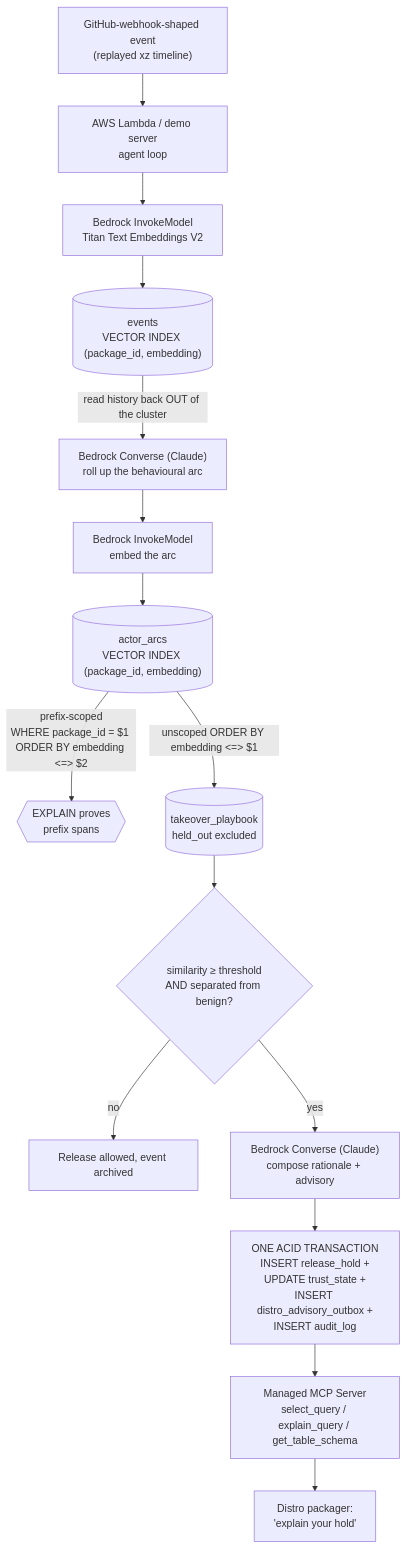
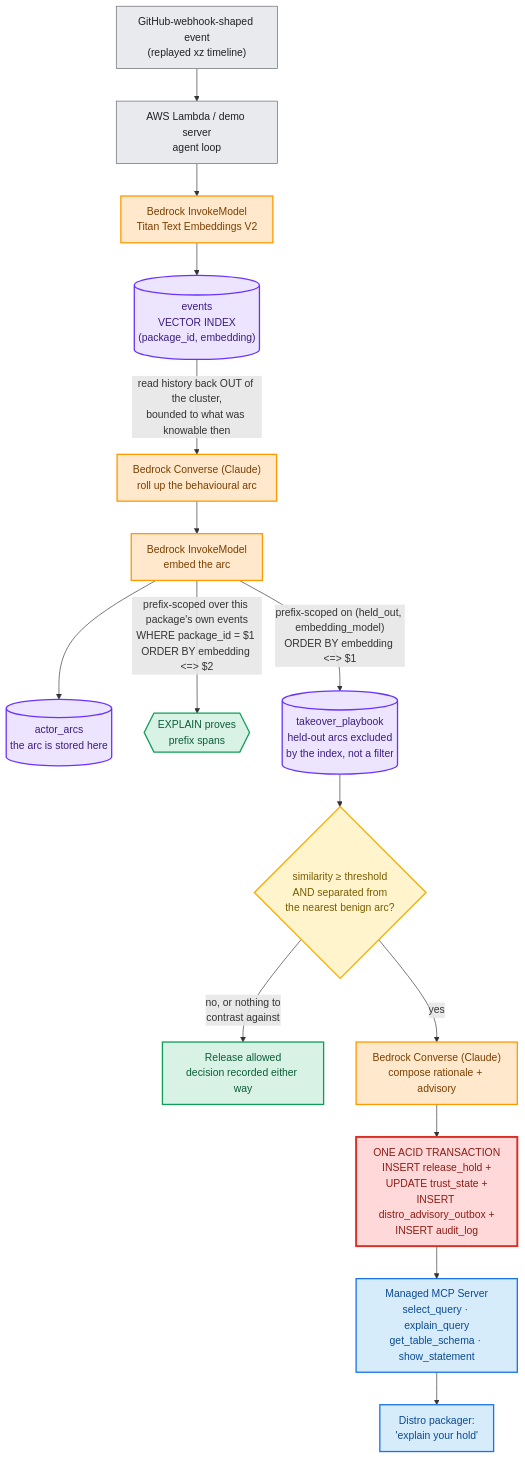
The diagram in README.md (edycutjong/sleeper), drawn with Mermaid before and after one commit. The commit also changed other lines of this file, not shown here.

````diff
--- a/README.md
+++ b/README.md
@@ -145,17 +145,41 @@
 ```mermaid
+%%{init: {"flowchart": {"curve": "basis", "padding": 12}}}%%
 flowchart TD
     A["GitHub-webhook-shaped event<br/>(replayed xz timeline)"] --> B["AWS Lambda / demo server<br/>agent loop"]
     B --> C["Bedrock InvokeModel<br/>Titan Text Embeddings V2"]
-    C --> D[("events<br/>VECTOR INDEX (package_id, embedding)")]
-    D -->|"read history back OUT of the cluster"| E["Bedrock Converse (Claude)<br/>roll up the behavioural arc"]
+    C --> D[("events<br/>VECTOR INDEX<br/>(package_id, embedding)")]
+    D -->|"read history back OUT of the cluster,<br/>bounded to what was knowable then"| E["Bedrock Converse (Claude)<br/>roll up the behavioural arc"]
     E --> F["Bedrock InvokeModel<br/>embed the arc"]
-    F --> G[("actor_arcs<br/>VECTOR INDEX (package_id, embedding)")]
-    G -->|"prefix-scoped<br/>WHERE package_id = $1 ORDER BY embedding <=> $2"| H{{"EXPLAIN proves<br/>prefix spans"}}
-    G -->|"unscoped ORDER BY embedding <=> $1"| I[("takeover_playbook<br/>held_out excluded")]
-    I --> J{"similarity ≥ threshold<br/>AND separated from benign?"}
-    J -- no --> K["Release allowed, event archived"]
-    J -- yes --> L["Bedrock Converse (Claude)<br/>compose rationale + advisory"]
+    F --> G[("actor_arcs<br/>the arc is stored here")]
+    F -->|"prefix-scoped over this package's own events<br/>WHERE package_id = $1 ORDER BY embedding <=> $2"| H{{"EXPLAIN proves<br/>prefix spans"}}
+    F -->|"prefix-scoped on (held_out, embedding_model)<br/>ORDER BY embedding <=> $1"| I[("takeover_playbook<br/>held-out arcs excluded<br/>by the index, not a filter")]
+    I --> J{"similarity ≥ threshold<br/>AND separated from<br/>the nearest benign arc?"}
+    J -->|"no, or nothing to<br/>contrast against"| K["Release allowed<br/>decision recorded either way"]
+    J -->|"yes"| L["Bedrock Converse (Claude)<br/>compose rationale + advisory"]
     L --> M["ONE ACID TRANSACTION<br/>INSERT release_hold +<br/>UPDATE trust_state +<br/>INSERT distro_advisory_outbox +<br/>INSERT audit_log"]
-    M --> N["Managed MCP Server<br/>select_query / explain_query / get_table_schema"]
+    M --> N["Managed MCP Server<br/>select_query · explain_query<br/>get_table_schema · show_statement"]
     N --> O["Distro packager:<br/>'explain your hold'"]
+
+    %% Palette note: pale fills with explicitly dark text, so the diagram is legible in BOTH
+    %% GitHub themes. Mermaid's own theme variables flip with the page; hardcoded colours do not,
+    %% and a saturated fill that reads well on white turns unreadable on GitHub's dark background.
+    %% Colour carries meaning here rather than decoration: orange is AWS inference, purple is
+    %% CockroachDB memory, amber is the gate, red is the irreversible act, green is the pass.
+    classDef input fill:#E8EAED,stroke:#5F6368,stroke-width:1px,color:#202124
+    classDef aws fill:#FFE8CC,stroke:#FF9900,stroke-width:2px,color:#7A3E00
+    classDef crdb fill:#EDE4FF,stroke:#6933FF,stroke-width:2px,color:#3A1D80
+    classDef proof fill:#D9F2E6,stroke:#0F9D58,stroke-width:2px,color:#0B5D36
+    classDef gate fill:#FFF4CC,stroke:#F9AB00,stroke-width:2px,color:#7A5C00
+    classDef allow fill:#D9F2E6,stroke:#0F9D58,stroke-width:2px,color:#0B5D36
+    classDef act fill:#FFD9D9,stroke:#D93025,stroke-width:3px,color:#8C1D16
+    classDef audit fill:#D6ECFB,stroke:#1A73E8,stroke-width:2px,color:#0B4A91
+
+    class A,B input
+    class C,E,F,L aws
+    class D,G,I crdb
+    class H proof
+    class J gate
+    class K allow
+    class M act
+    class N,O audit
 ```
````
